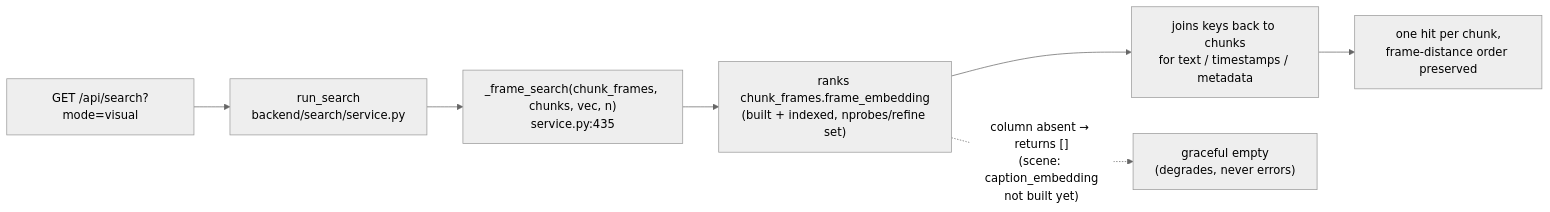
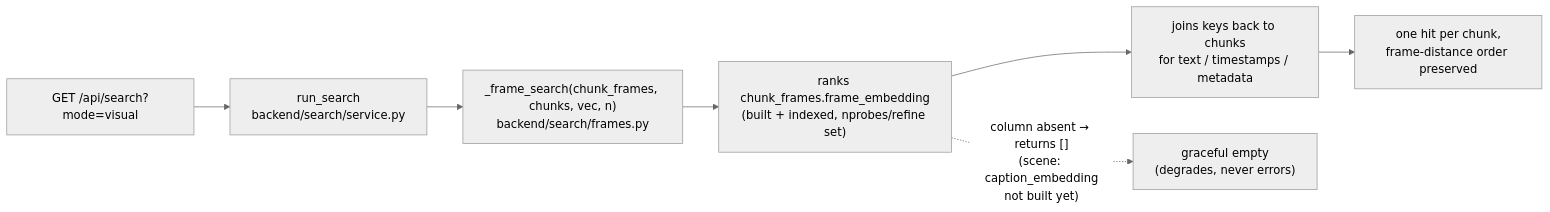
One commit to Borg93/lance-audio-demo changed the second of 2 diagrams in docs/INVESTIGATION.md. Above: the diagram before and after it, drawn with Mermaid (neutral theme). The commit also changed other lines of this file and 8 other files, not shown here.

````diff
--- a/docs/INVESTIGATION.md
+++ b/docs/INVESTIGATION.md
@@ -158,9 +162,9 @@
 ```mermaid
 flowchart LR
     Q["GET /api/search?mode=visual"] --> RS["run_search<br/>backend/search/service.py"]
-    RS --> FS["_frame_search(chunk_frames, chunks, vec, n)<br/>service.py:435"]
+    RS --> FS["_frame_search(chunk_frames, chunks, vec, n)<br/>backend/search/frames.py"]
     FS --> CF["ranks chunk_frames.frame_embedding<br/>(built + indexed, nprobes/refine set)"]
     CF --> JOIN["joins keys back to chunks<br/>for text / timestamps / metadata"]
     JOIN --> HITS["one hit per chunk,<br/>frame-distance order preserved"]
     CF -.->|"column absent → returns []<br/>(scene: caption_embedding<br/>not built yet)"| EMPTY["graceful empty<br/>(degrades, never errors)"]
 ```
````
